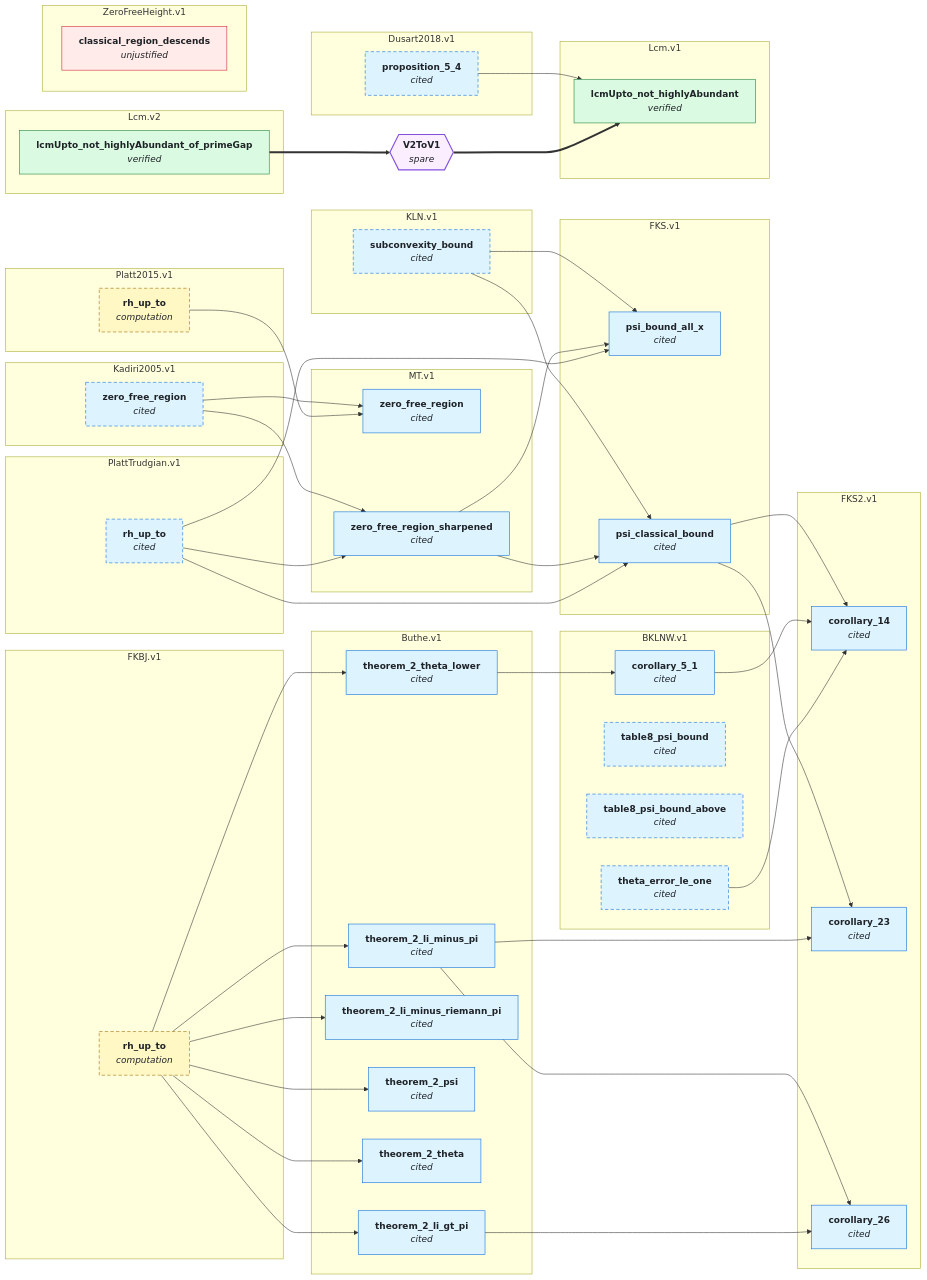
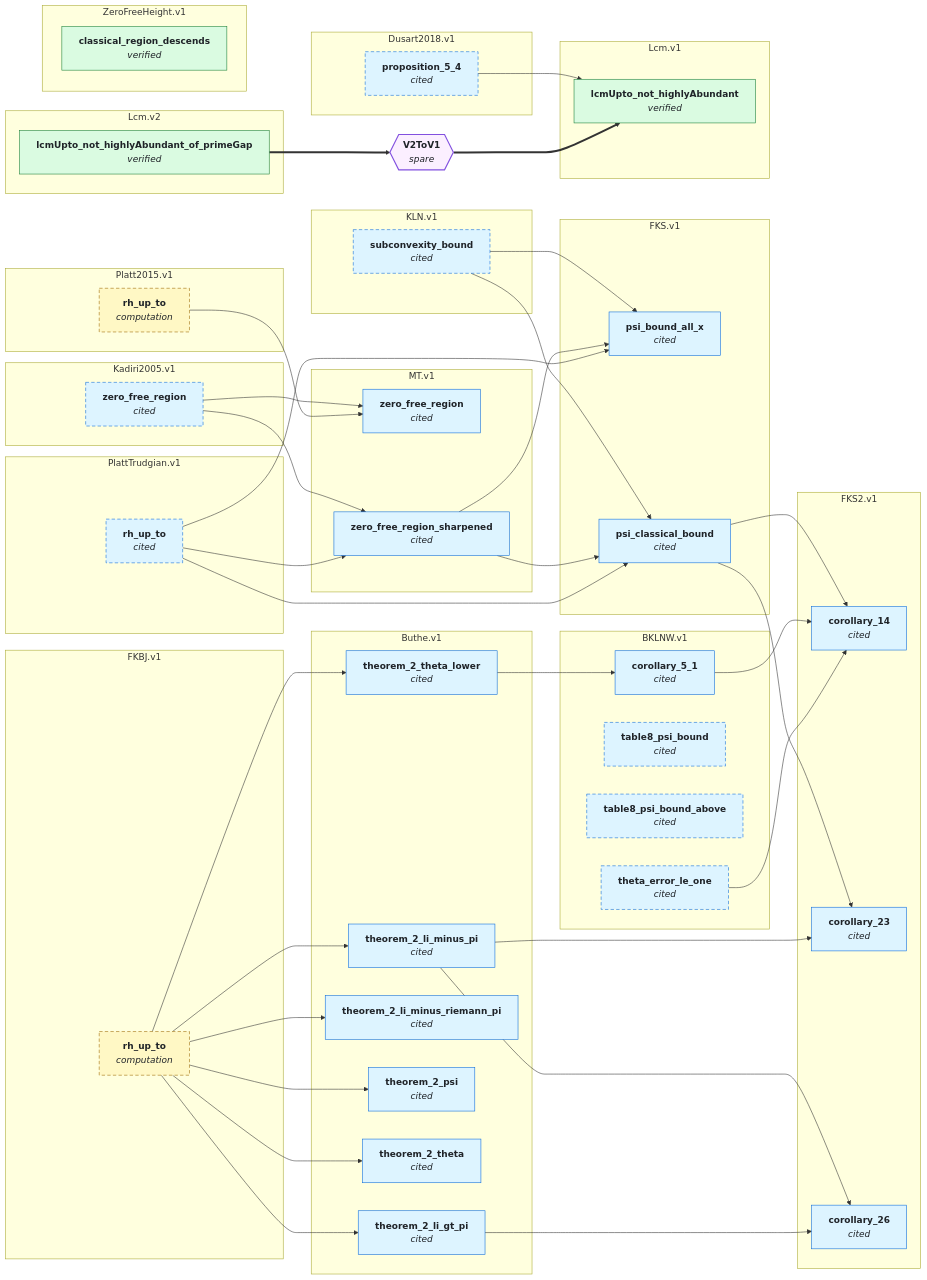
One commit to teorth/IEANTN changed the second of 2 diagrams in GRAPH.md. Above: the diagram before and after it, drawn with Mermaid. The commit also changed other lines of this file and 5 other files, not shown here.

Commit message:
Record verification receipt for ZeroFreeHeight.v1

```diff
--- a/GRAPH.md
+++ b/GRAPH.md
@@ -160,7 +160,7 @@
     PlattTrudgian_v1_rh_up_to["<b>rh_up_to</b><br/><i>cited</i>"]
   end
   subgraph sgZeroFreeHeight_v1["ZeroFreeHeight.v1"]
-    ZeroFreeHeight_v1_classical_region_descends["<b>classical_region_descends</b><br/><i>unjustified</i>"]
+    ZeroFreeHeight_v1_classical_region_descends["<b>classical_region_descends</b><br/><i>verified</i>"]
   end
   Buthe_v1_theorem_2_theta_lower --> BKLNW_v1_corollary_5_1
   FKBJ_v1_rh_up_to --> Buthe_v1_theorem_2_li_gt_pi
@@ -207,9 +207,8 @@
   classDef none_yet fill:#ffebe9,stroke:#cf222e,color:#1f2328;
   classDef bridge fill:#fbefff,stroke:#8250df,color:#1f2328,stroke-width:2px;
   class BRLcm_v1_lcmUpto_not_highlyAbundant__bridge_from_v2 bridge;
-  class Lcm_v1_lcmUpto_not_highlyAbundant,Lcm_v2_lcmUpto_not_highlyAbundant_of_primeGap lean_comparator;
+  class Lcm_v1_lcmUpto_not_highlyAbundant,Lcm_v2_lcmUpto_not_highlyAbundant_of_primeGap,ZeroFreeHeight_v1_classical_region_descends lean_comparator;
   class BKLNW_v1_corollary_5_1,BKLNW_v1_table8_psi_bound,BKLNW_v1_table8_psi_bound_above,BKLNW_v1_theta_error_le_one,Buthe_v1_theorem_2_li_gt_pi,Buthe_v1_theorem_2_li_minus_pi,Buthe_v1_theorem_2_li_minus_riemann_pi,Buthe_v1_theorem_2_psi,Buthe_v1_theorem_2_theta,Buthe_v1_theorem_2_theta_lower,Dusart2018_v1_proposition_5_4,FKS_v1_psi_bound_all_x,FKS_v1_psi_classical_bound,FKS2_v1_corollary_14,FKS2_v1_corollary_23,FKS2_v1_corollary_26,KLN_v1_subconvexity_bound,Kadiri2005_v1_zero_free_region,MT_v1_zero_free_region,MT_v1_zero_free_region_sharpened,PlattTrudgian_v1_rh_up_to literature;
-  class ZeroFreeHeight_v1_classical_region_descends none_yet;
   class FKBJ_v1_rh_up_to,Platt2015_v1_rh_up_to numerical;
   click BKLNW_v1_corollary_5_1 href "https://github.com/teorth/IEANTN/blob/main/docs/nodes/BKLNW-v1.md#corollary_5_1" _blank
   click BKLNW_v1_table8_psi_bound href "https://github.com/teorth/IEANTN/blob/main/docs/nodes/BKLNW-v1.md#table8_psi_bound" _blank
```
